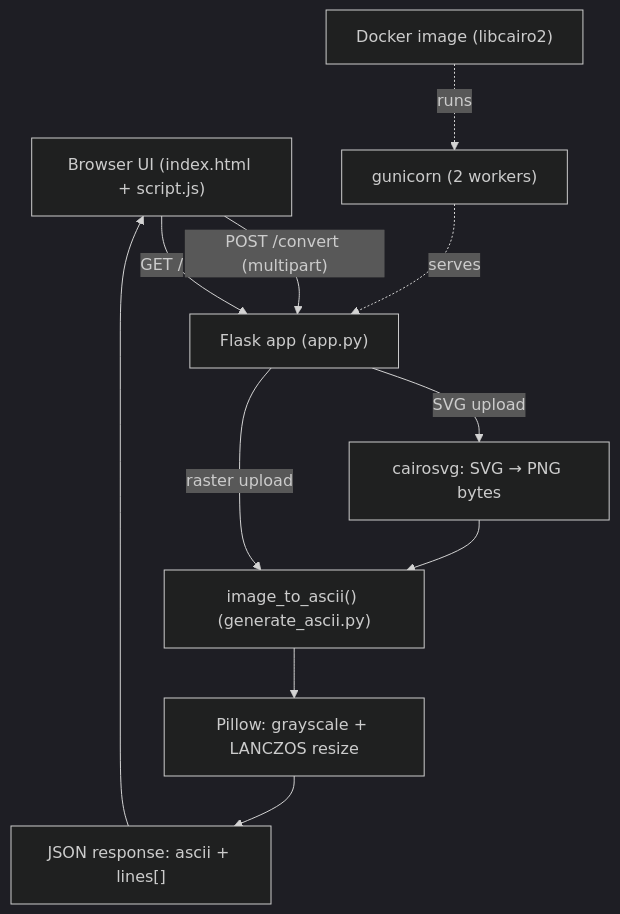
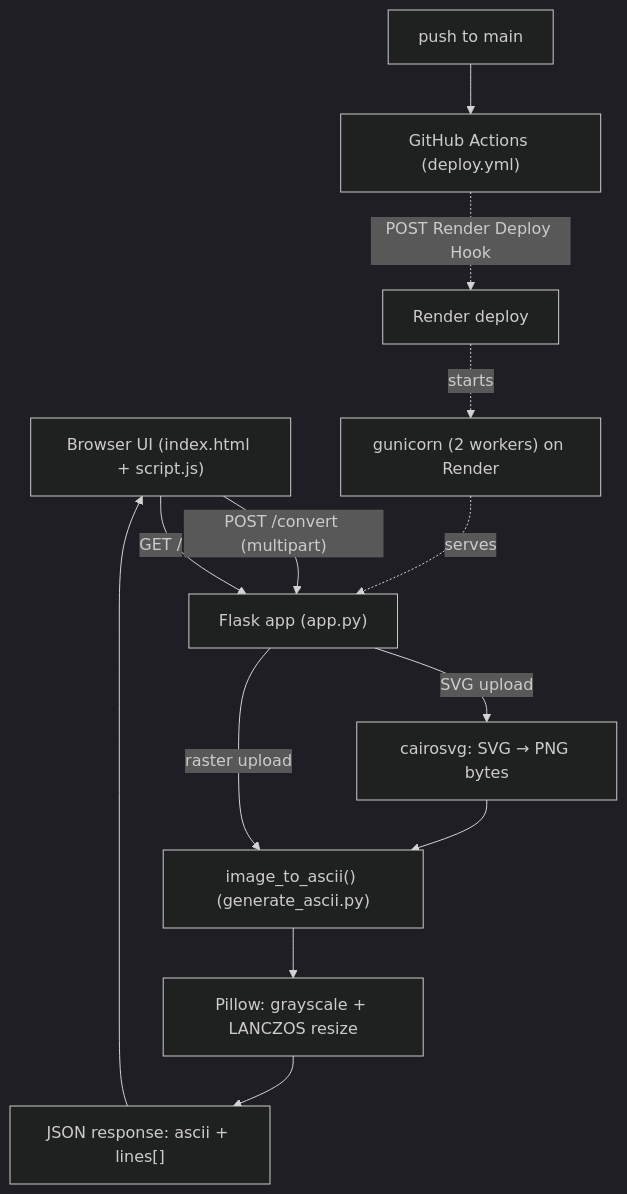
One commit to Technical-1/All-About-Me changed the diagram in public/data/portfolio/Image-To-Ascii-Flask/architecture.md. Above: the diagram before and after it, drawn with Mermaid (dark theme). The commit also changed other lines of this file and 27 other files, not shown here.

````diff
--- a/public/data/portfolio/Image-To-Ascii-Flask/architecture.md
+++ b/public/data/portfolio/Image-To-Ascii-Flask/architecture.md
@@ -5,13 +5,15 @@
 ```mermaid
 flowchart TD
     Browser["Browser UI (index.html + script.js)"] -->|"POST /convert (multipart)"| Flask["Flask app (app.py)"]
     Browser -->|"GET /"| Flask
     Flask -->|"SVG upload"| Cairo["cairosvg: SVG → PNG bytes"]
     Cairo --> Core["image_to_ascii() (generate_ascii.py)"]
     Flask -->|"raster upload"| Core
     Core --> Pillow["Pillow: grayscale + LANCZOS resize"]
     Pillow --> JSON["JSON response: ascii + lines[]"]
     JSON --> Browser
-    Gunicorn["gunicorn (2 workers)"] -.serves.-> Flask
-    Docker["Docker image (libcairo2)"] -.runs.-> Gunicorn
+    Gunicorn["gunicorn (2 workers) on Render"] -.serves.-> Flask
+    Push["push to main"] --> GHA["GitHub Actions (deploy.yml)"]
+    GHA -.->|"POST Render Deploy Hook"| Render["Render deploy"]
+    Render -.starts.-> Gunicorn
 ```
````
